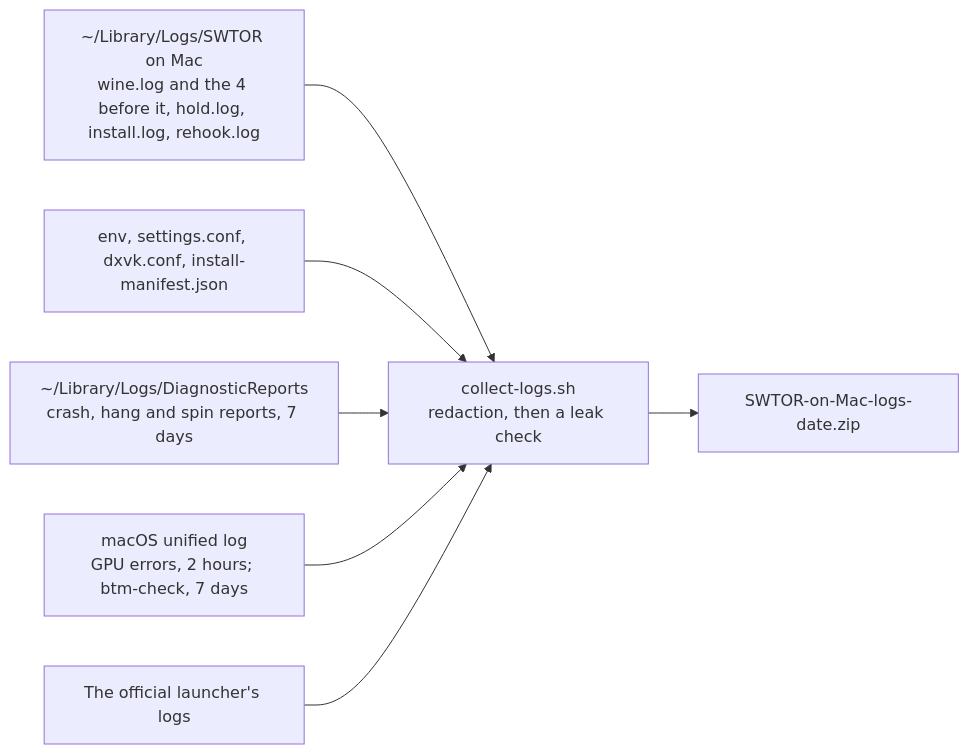
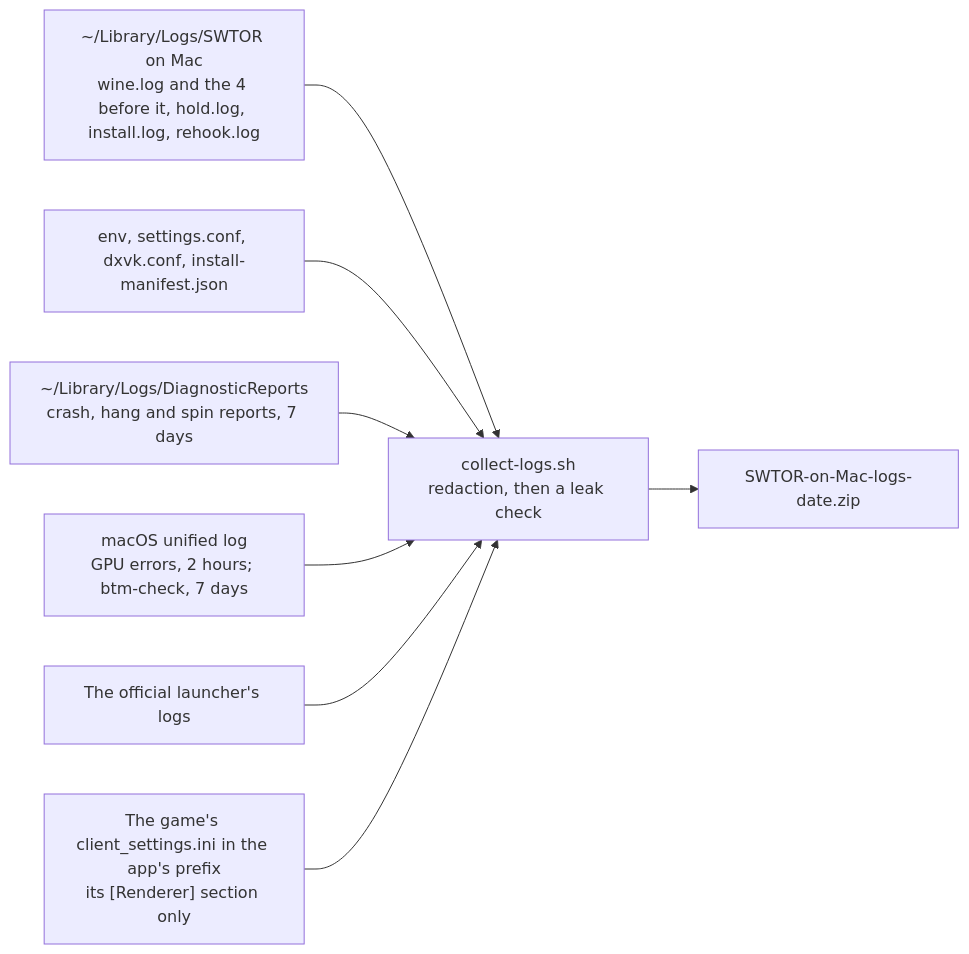
The third of 3 diagrams in README.md (jdrly/swtor-on-mac), drawn with Mermaid before and after one commit. The commit also changed 4 other files, not shown here.

First line of the commit message:
Collect Logs: Carry the game's graphics settings, client_settings.ini's [Renderer] section alone (#143)

````diff
--- a/README.md
+++ b/README.md
@@ -334,9 +334,10 @@
 ```mermaid
 flowchart LR
   logs["~/Library/Logs/SWTOR on Mac<br/>wine.log and the 4 before it, hold.log, install.log, rehook.log"] --> cl
   conf["env, settings.conf, dxvk.conf, install-manifest.json"] --> cl
   diag["~/Library/Logs/DiagnosticReports<br/>crash, hang and spin reports, 7 days"] --> cl
   ulog["macOS unified log<br/>GPU errors, 2 hours; btm-check, 7 days"] --> cl
   llogs["The official launcher's logs"] --> cl
+  gset["The game's client_settings.ini in the app's prefix<br/>its [Renderer] section only"] --> cl
   cl["collect-logs.sh<br/>redaction, then a leak check"] --> zip["SWTOR-on-Mac-logs-date.zip"]
 ```
````
